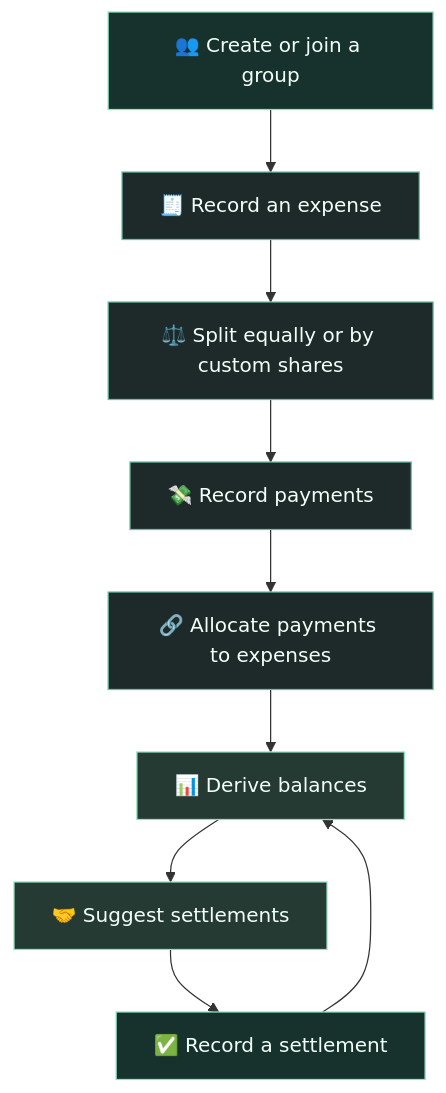
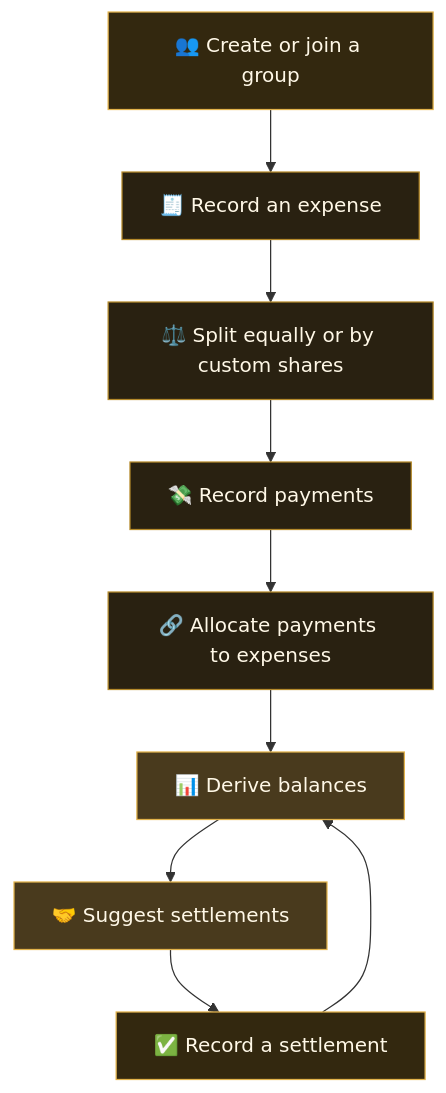
One commit to madhav-manchanda/udhaM changed the first of 3 diagrams in README.md. Above: the diagram before and after it, drawn with Mermaid. The commit also changed other lines of this file, not shown here.

````diff
--- a/README.md
+++ b/README.md
@@ -70,18 +70,18 @@
 ```mermaid
 flowchart TD
     A["👥 Create or join a group"] --> B["🧾 Record an expense"]
     B --> C["⚖️ Split equally or by custom shares"]
     C --> D["💸 Record payments"]
     D --> E["🔗 Allocate payments to expenses"]
     E --> F["📊 Derive balances"]
     F --> G["🤝 Suggest settlements"]
     G --> H["✅ Record a settlement"]
     H --> F
 
-    classDef start fill:#17322C,stroke:#8FE3C0,color:#F2FFF9
-    classDef process fill:#1D2A29,stroke:#6BBFA4,color:#F2FFF9
-    classDef result fill:#263A34,stroke:#8FE3C0,color:#F2FFF9
+    classDef start fill:#33280F,stroke:#E3B34B,color:#FFF8E7
+    classDef process fill:#292111,stroke:#B58A2B,color:#FFF8E7
+    classDef result fill:#493A1D,stroke:#E3B34B,color:#FFF8E7
     class A,H start
     class B,C,D,E process
     class F,G result
 ```
````
